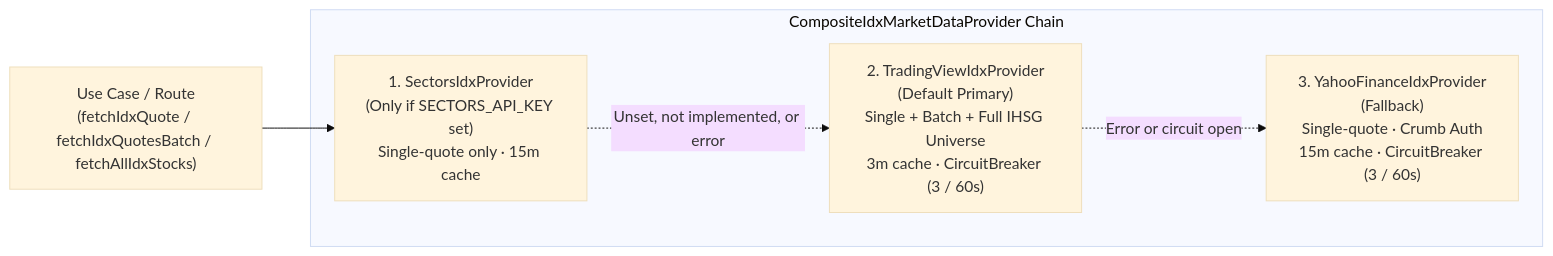
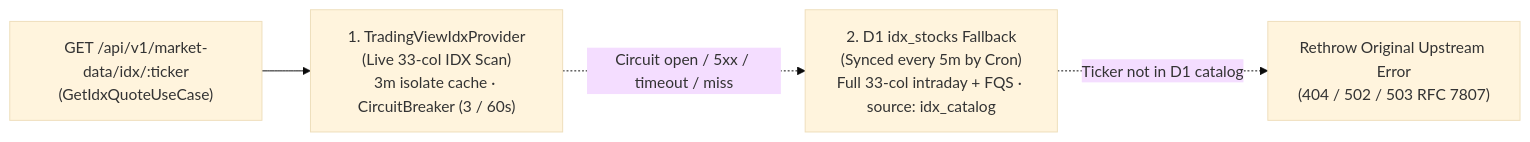
The diagram in docs/integration-guide.md (charlybutar21/stock-mate-v2), drawn with Mermaid (base theme) before and after one commit. The commit also changed other lines of this file and 28 other files, not shown here.

Commit message:
refactor(market-data): use TradingView-only with D1 idx_stocks fallback

````diff
--- a/docs/integration-guide.md
+++ b/docs/integration-guide.md
@@ -25,14 +24,11 @@
 ```mermaid
 flowchart LR
-    Caller["Use Case / Route<br/>(fetchIdxQuote / fetchIdxQuotesBatch / fetchAllIdxStocks)"]
+    Caller["GET /api/v1/market-data/idx/:ticker<br/>(GetIdxQuoteUseCase)"]
+    TV["1. TradingViewIdxProvider<br/>(Live 33-col IDX Scan)<br/>3m isolate cache · CircuitBreaker (3 / 60s)"]
+    D1["2. D1 idx_stocks Fallback<br/>(Synced every 5m by Cron)<br/>Full 33-col intraday + FQS · source: idx_catalog"]
+    Err["Rethrow Original Upstream Error<br/>(404 / 502 / 503 RFC 7807)"]
 
-    subgraph Chain["CompositeIdxMarketDataProvider Chain"]
-        Sectors["1. SectorsIdxProvider<br/>(Only if SECTORS_API_KEY set)<br/>Single-quote only · 15m cache"]
-        TV["2. TradingViewIdxProvider<br/>(Default Primary)<br/>Single + Batch + Full IHSG Universe<br/>3m cache · CircuitBreaker (3 / 60s)"]
-        Yahoo["3. YahooFinanceIdxProvider<br/>(Fallback)<br/>Single-quote · Crumb Auth<br/>15m cache · CircuitBreaker (3 / 60s)"]
-    end
-
-    Caller --> Sectors
-    Sectors -.->|"Unset, not implemented, or error"| TV
-    TV -.->|"Error or circuit open"| Yahoo
+    Caller --> TV
+    TV -.->|"Circuit open / 5xx / timeout / miss"| D1
+    D1 -.->|"Ticker not in D1 catalog"| Err
 ```
````
